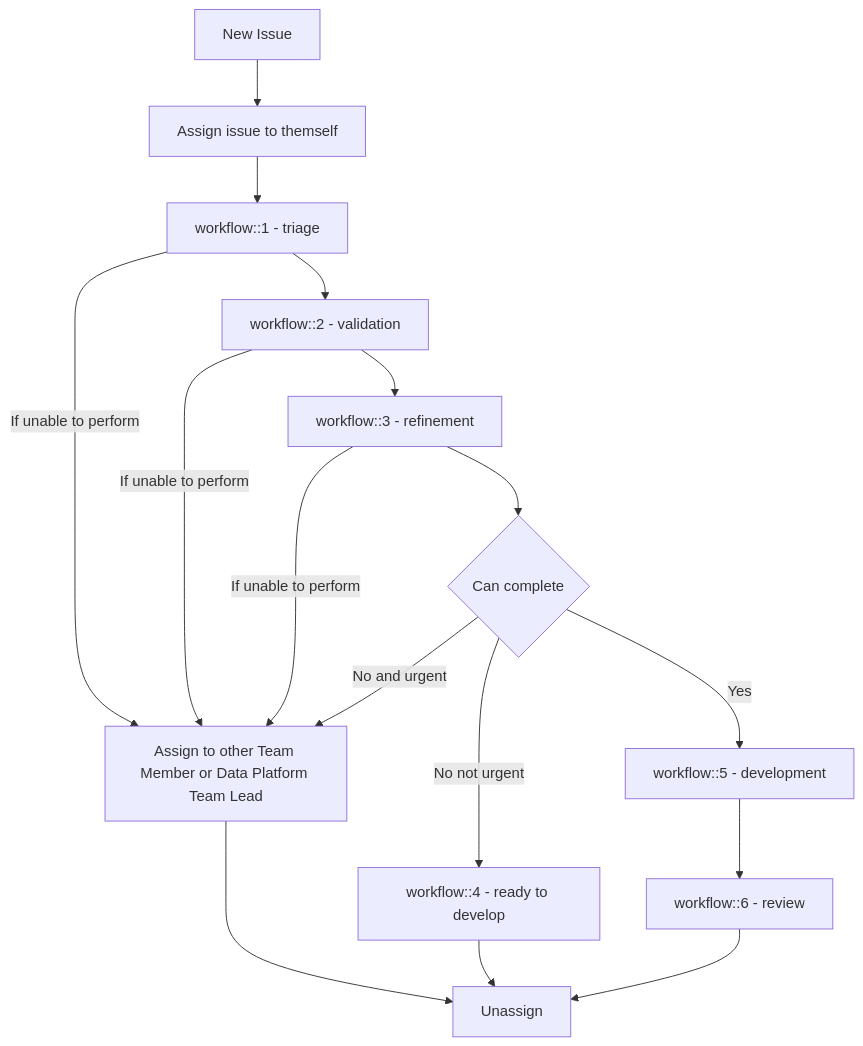
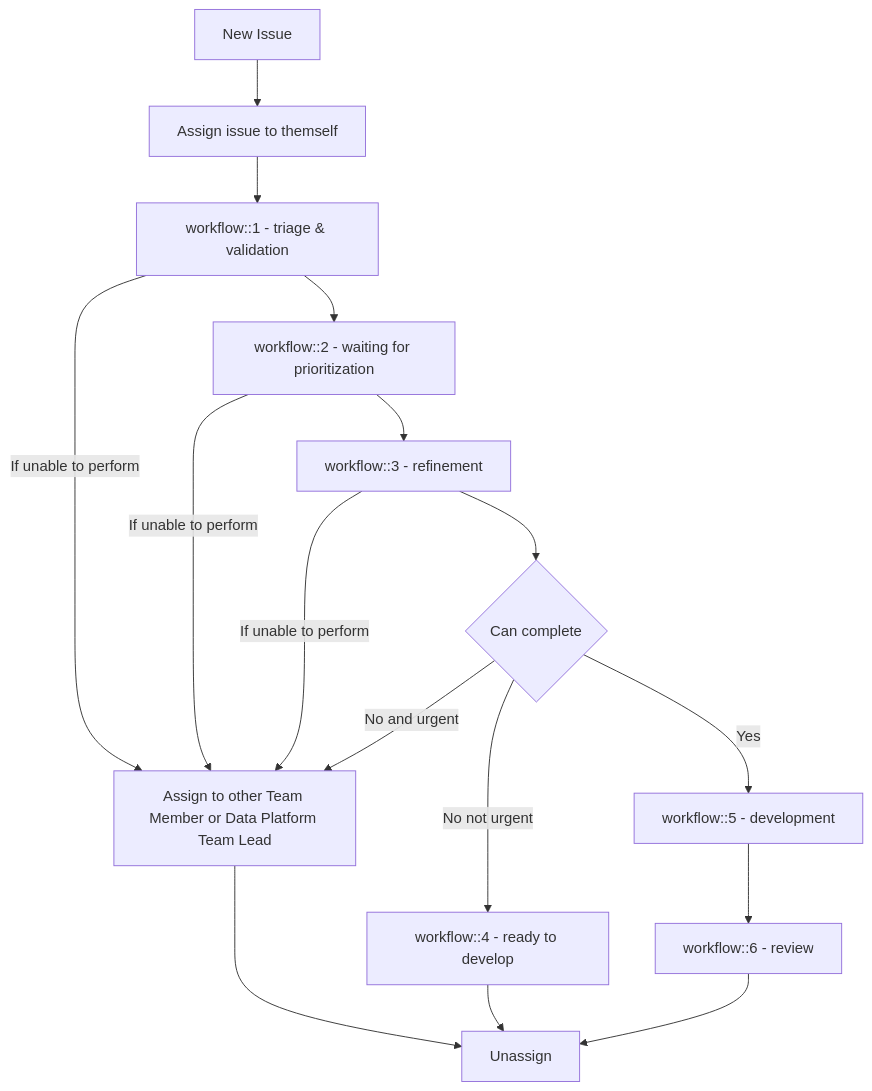
The first of 2 diagrams in content/handbook/enterprise-data/how-we-work/triage.md (zalyoung/gitlab-handbook), drawn with Mermaid before and after one commit. The commit also changed other lines of this file, not shown here.

````diff
--- a/content/handbook/enterprise-data/how-we-work/triage.md
+++ b/content/handbook/enterprise-data/how-we-work/triage.md
@@ -156,20 +156,20 @@
 ```mermaid
 flowchart TD
     A[New Issue] --> B[Assign issue to themself]
-    B --> C[workflow::1 - triage]
-    C --> D[workflow::2 - validation]
+    B --> C[workflow::1 - triage & validation]
+    C --> D[workflow::2 - waiting for prioritization]
     D --> E[workflow::3 - refinement]
     F[Assign to other Team Member or Data Platform Team Lead ]
     C -->|If unable to perform| F
     D -->|If unable to perform| F
     E -->|If unable to perform| F
     E -->G{Can complete}
     G -->|No and urgent| F
     G -->|No not urgent| H[workflow::4 - ready to develop]
     G -->|Yes| J[workflow::5 - development]
     J -->K[workflow::6 - review]
     U[Unassign]
     F-->U
     H-->U
     K-->U
 ```
````
